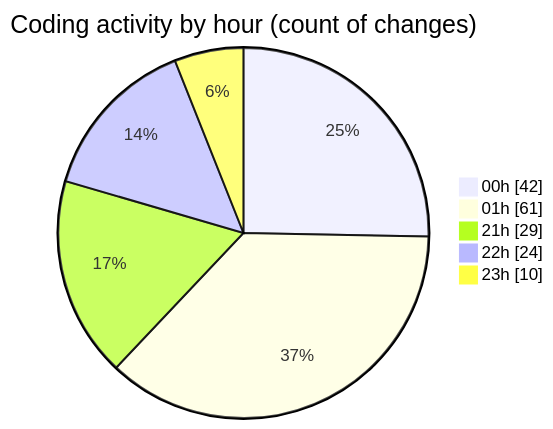
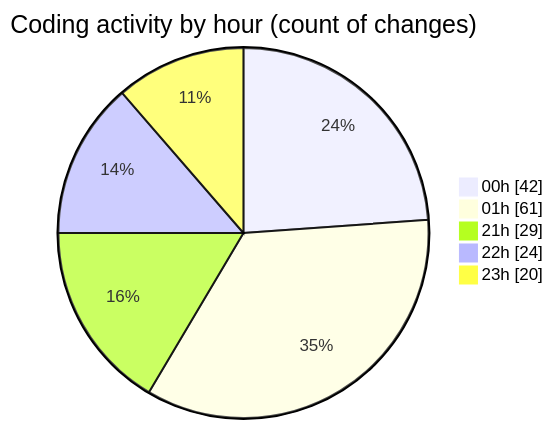
One commit to lephambinh05/code-tracking changed the second of 2 diagrams in 2025-08-12/rentotp/README.md. Above: the diagram before and after it, drawn with Mermaid. The commit also changed other lines of this file and 1 other file, not shown here.

````diff
--- a/2025-08-12/rentotp/README.md
+++ b/2025-08-12/rentotp/README.md
@@ -56,9 +56,9 @@
 ```mermaid
 pie showData
 title Coding activity by hour (count of changes)
 "00h" : 42
 "01h" : 61
 "21h" : 29
 "22h" : 24
-"23h" : 10
+"23h" : 20
 ```
````
